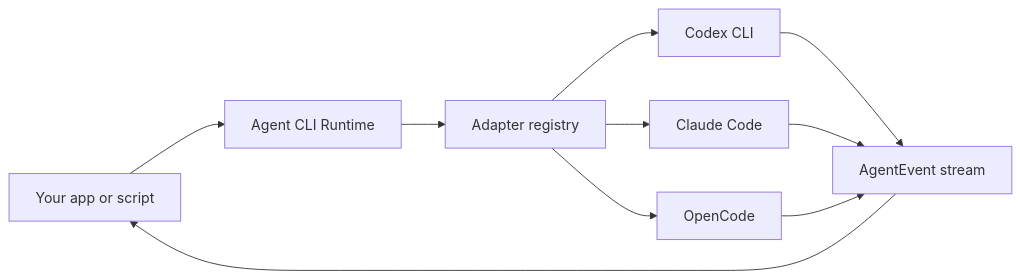
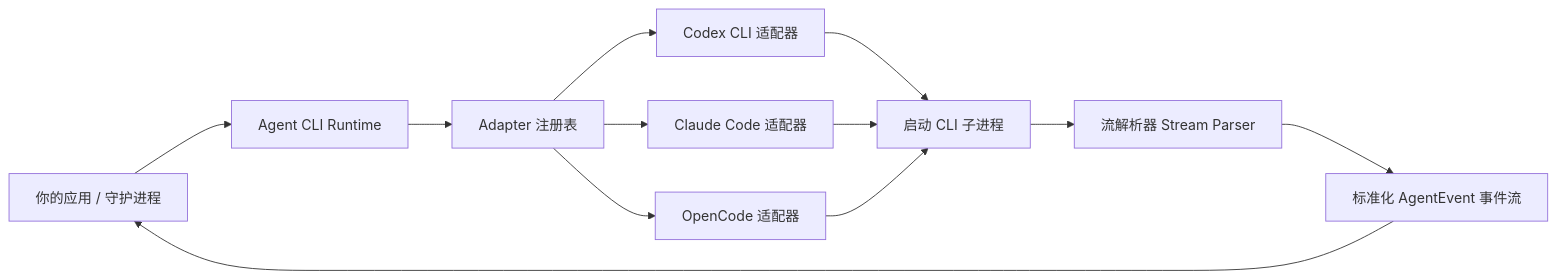
Before and after one commit to iiwish/agent-cli-runtime: the diagram in README.zh-CN.md, drawn with Mermaid. The commit also changed other lines of this file and 16 other files, not shown here.

````diff
--- a/README.zh-CN.md
+++ b/README.zh-CN.md
@@ -558,12 +153,16 @@
 ```mermaid
 flowchart LR
-  App["Your app or script"] --> Runtime["Agent CLI Runtime"]
-  Runtime --> Registry["Adapter registry"]
-  Registry --> Codex["Codex CLI"]
-  Registry --> Claude["Claude Code"]
-  Registry --> OpenCode["OpenCode"]
-  Codex --> Events["AgentEvent stream"]
-  Claude --> Events
-  OpenCode --> Events
+  App["你的应用 / 守护进程"] --> Runtime["Agent CLI Runtime"]
+  Runtime --> Registry["Adapter 注册表"]
+  Registry --> Codex["Codex CLI 适配器"]
+  Registry --> Claude["Claude Code 适配器"]
+  Registry --> OpenCode["OpenCode 适配器"]
+
+  Codex --> Subprocess["启动 CLI 子进程"]
+  Claude --> Subprocess
+  OpenCode --> Subprocess
+
+  Subprocess --> Parser["流解析器 Stream Parser"]
+  Parser --> Events["标准化 AgentEvent 事件流"]
   Events --> App
 ```
````
